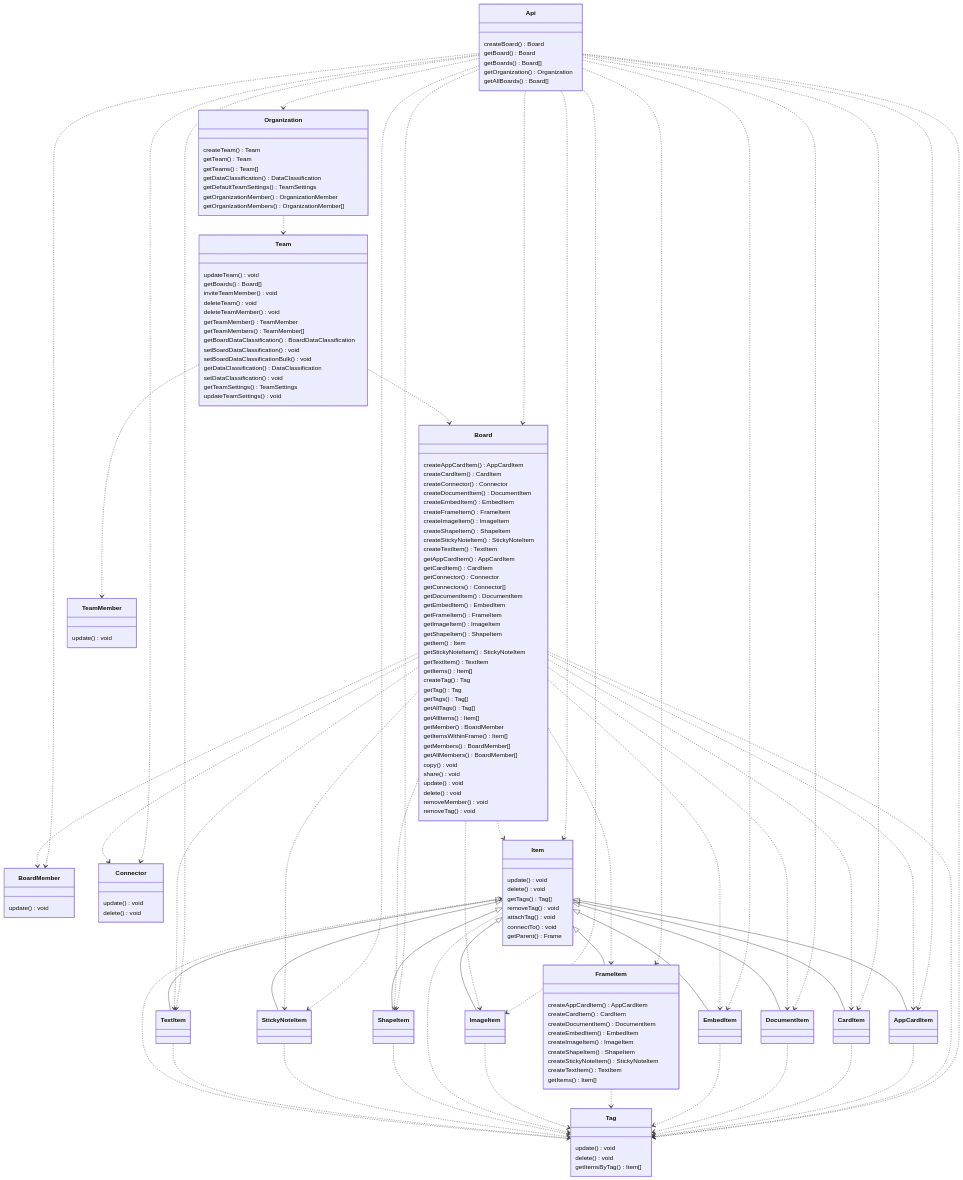
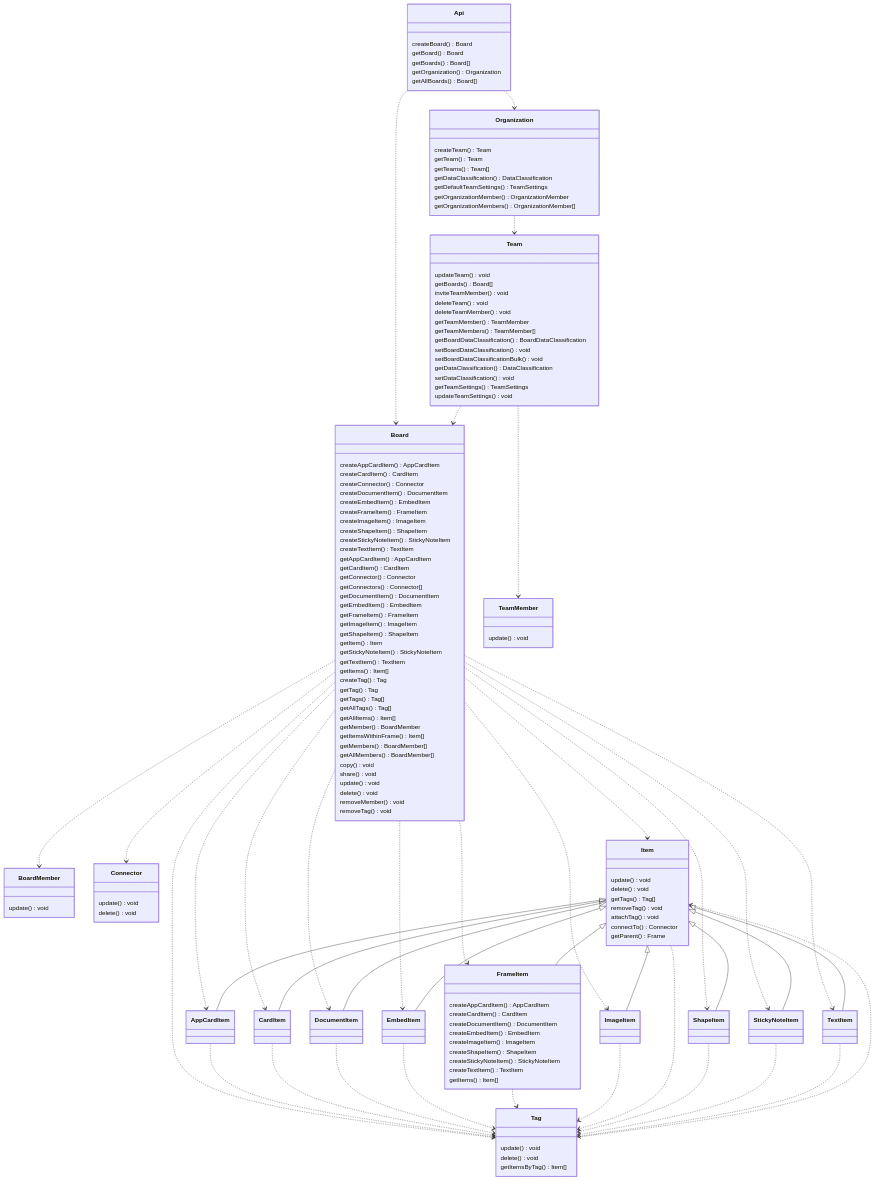
Before and after one commit to miroapp/api-clients: the diagram in MODELS.md, drawn with Mermaid.

Commit message:
Remove unused connections

```diff
--- a/MODELS.md
+++ b/MODELS.md
@@ -4,20 +4,7 @@
 
   %% Relationships
   Api ..> Board
-  Api ..> BoardMember
-  Api ..> Connector
-  Api ..> Item
-  Api ..> Tag
-  Api ..> AppCardItem
-  Api ..> CardItem
-  Api ..> DocumentItem
-  Api ..> EmbedItem
-  Api ..> FrameItem
-  Api ..> ImageItem
   Api ..> Organization
-  Api ..> ShapeItem
-  Api ..> StickyNoteItem
-  Api ..> TextItem
   Board ..> BoardMember
   Board ..> Connector
   Board ..> Item
@@ -174,7 +161,7 @@
     getTags() Tag[]
     removeTag() void
     attachTag() void
-    connectTo() void
+    connectTo() Connector
     getParent() Frame
   }
 
```
